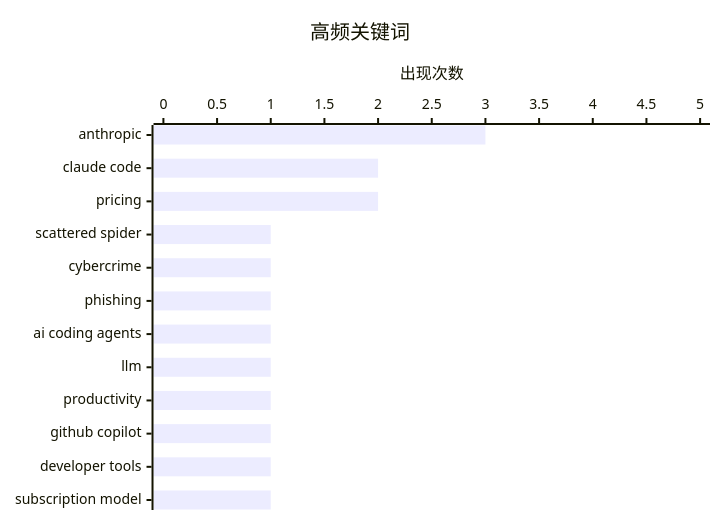
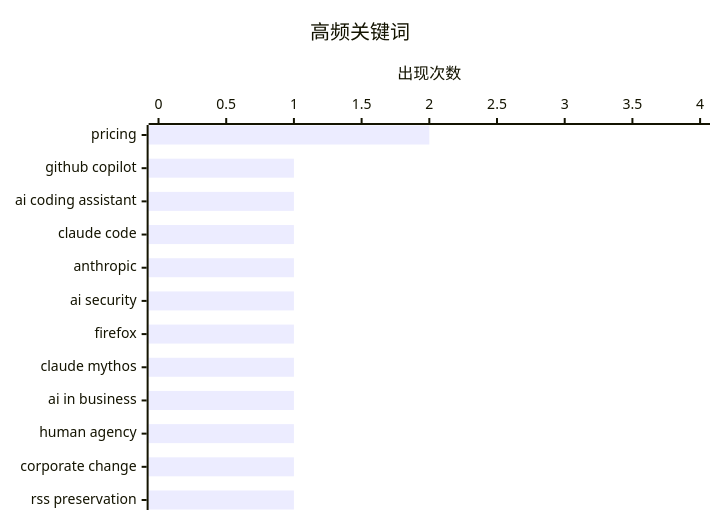
The second of 2 diagrams in data/digest-20260422.md (NicCraver/ai-daily-digest-web), drawn with Mermaid before and after one commit. The commit also changed other lines of this file and 31 other files, not shown here.

````diff
--- a/data/digest-20260422.md
+++ b/data/digest-20260422.md
@@ -65,7 +65,7 @@
 ```mermaid
 xychart-beta horizontal
     title "高频关键词"
-    x-axis ["anthropic", "claude code", "pricing", "scattered spider", "cybercrime", "phishing", "ai coding agents", "llm", "productivity", "github copilot", "developer tools", "subscription model"]
-    y-axis "出现次数" 0 --> 5
-    bar [3, 2, 2, 1, 1, 1, 1, 1, 1, 1, 1, 1]
+    x-axis ["pricing", "github copilot", "ai coding assistant", "claude code", "anthropic", "ai security", "firefox", "claude mythos", "ai in business", "human agency", "corporate change", "rss preservation"]
+    y-axis "出现次数" 0 --> 4
+    bar [2, 1, 1, 1, 1, 1, 1, 1, 1, 1, 1, 1]
 ```
````
